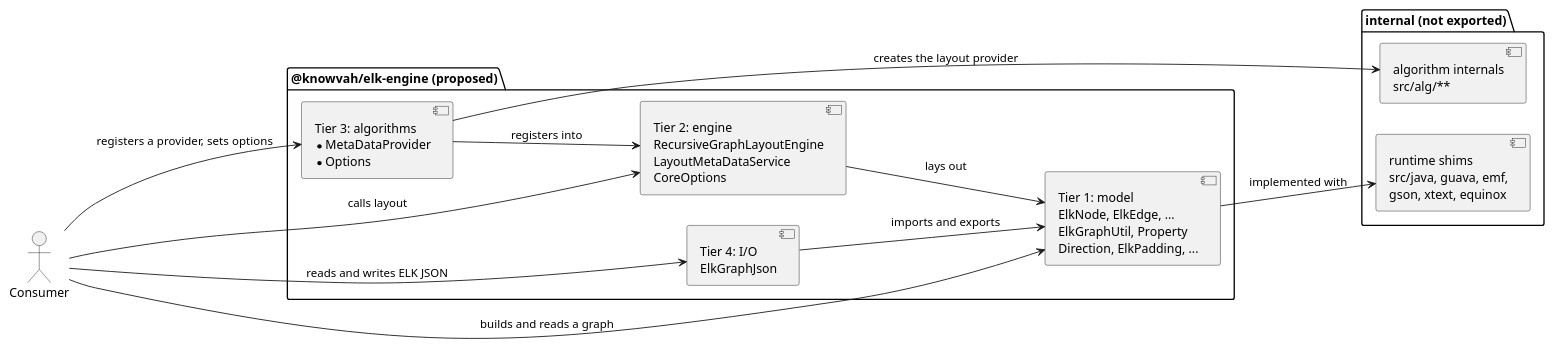
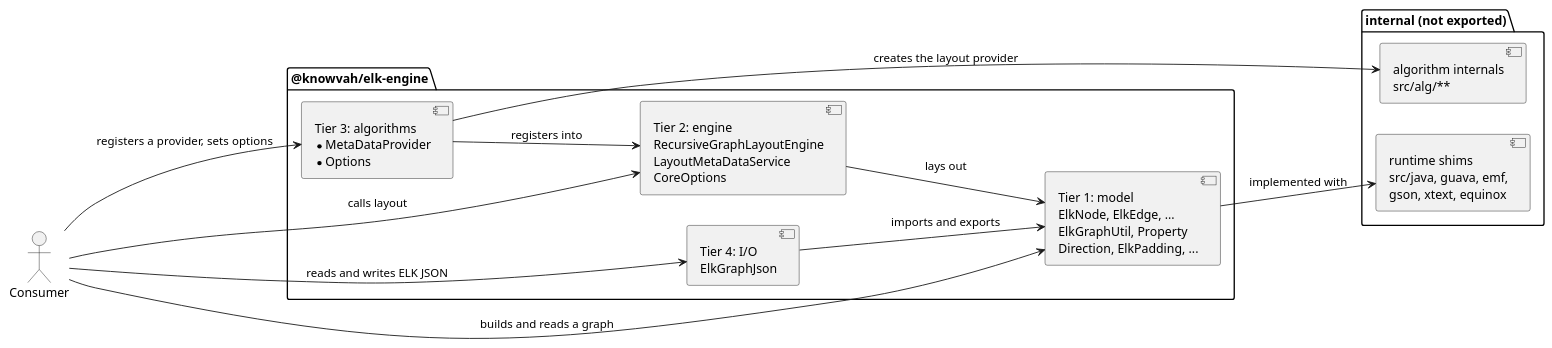
The diagram in docs/architecture/public-api.md (knowvah/elk-engine), drawn with PlantUML before and after one commit. The commit also changed other lines of this file and 26 other files, not shown here.

````diff
--- a/docs/architecture/public-api.md
+++ b/docs/architecture/public-api.md
@@ -29,25 +29,25 @@
 ```plantuml
 @startuml
 left to right direction
 actor Consumer
-package "@knowvah/elk-engine (proposed)" {
+package "@knowvah/elk-engine" {
   component "Tier 1: model\nElkNode, ElkEdge, ...\nElkGraphUtil, Property\nDirection, ElkPadding, ..." as t1
   component "Tier 2: engine\nRecursiveGraphLayoutEngine\nLayoutMetaDataService\nCoreOptions" as t2
   component "Tier 3: algorithms\n*MetaDataProvider\n*Options" as t3
   component "Tier 4: I/O\nElkGraphJson" as t4
 }
 package "internal (not exported)" {
   component "algorithm internals\nsrc/alg/**" as alg
   component "runtime shims\nsrc/java, guava, emf,\ngson, xtext, equinox" as shims
 }
 Consumer --> t1 : builds and reads a graph
 Consumer --> t3 : registers a provider, sets options
 Consumer --> t2 : calls layout
 Consumer --> t4 : reads and writes ELK JSON
 t2 --> t1 : lays out
 t3 --> t2 : registers into
 t4 --> t1 : imports and exports
 t3 --> alg : creates the layout provider
 t1 --> shims : implemented with
 @enduml
 ```
````
